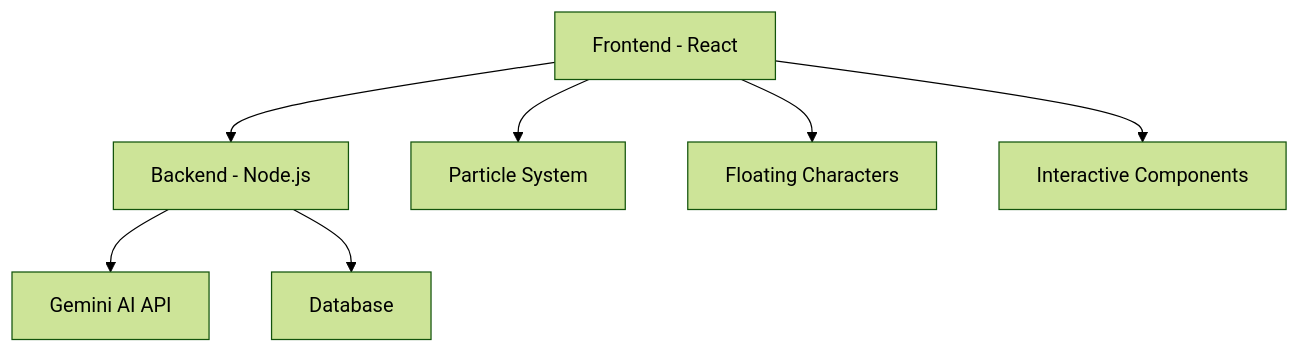
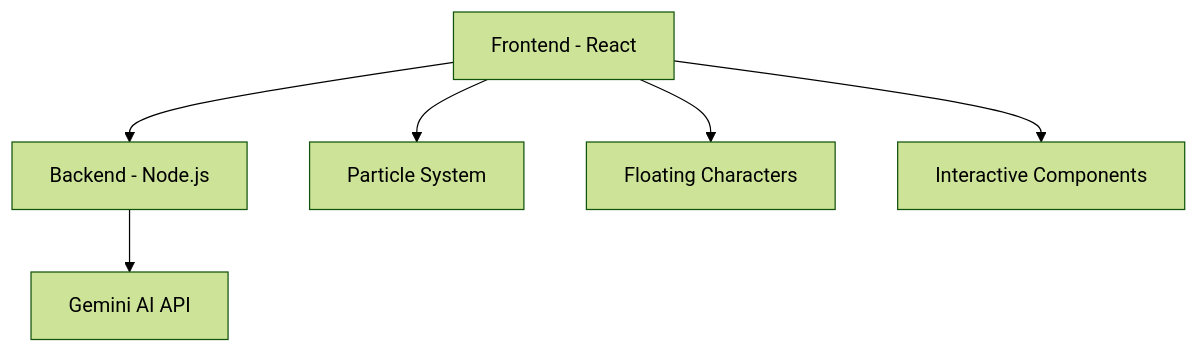
One commit to SumukhGoutam1910/Vizuara--Sentiment-Analaysis changed the diagram in README.md. Above: the diagram before and after it, drawn with Mermaid (forest theme).

Commit message:
Updated reame

````diff
--- a/README.md
+++ b/README.md
@@ -37,9 +37,8 @@
 ```mermaid
 graph TB
     A[Frontend - React] --> B[Backend - Node.js]
     B --> C[Gemini AI API]
-    B --> D[Database]
     A --> E[Particle System]
     A --> F[Floating Characters]
     A --> G[Interactive Components]
 ```
````
